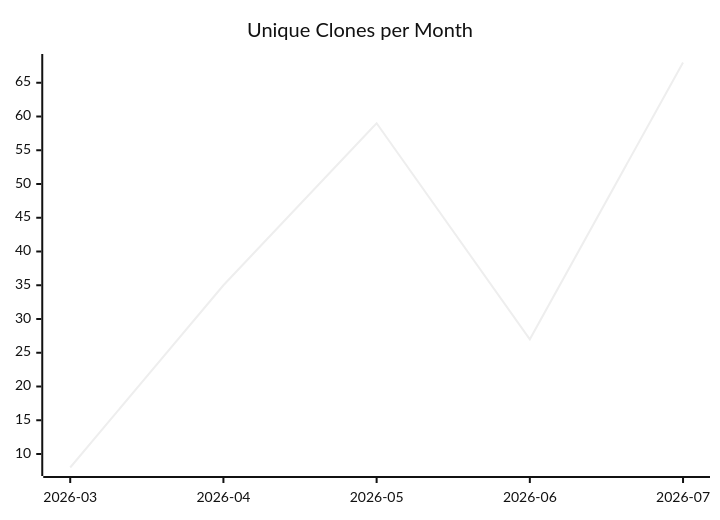
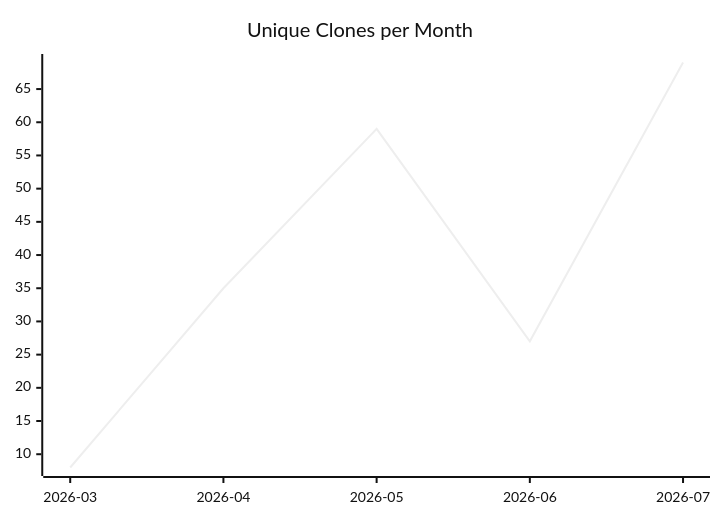
One commit to justdavis-family/github-analytics-data changed the third of 3 diagrams in karlmdavis/fhir-benchmarks/README.md. Above: the diagram before and after it, drawn with Mermaid (neutral theme). The commit also changed other lines of this file and 182 other files, not shown here.

````diff
--- a/karlmdavis/fhir-benchmarks/README.md
+++ b/karlmdavis/fhir-benchmarks/README.md
@@ -19,6 +19,6 @@
 ```mermaid
 xychart-beta
   title "Unique Clones per Month"
   x-axis ["2026-03", "2026-04", "2026-05", "2026-06", "2026-07"]
-  line [8, 35, 59, 27, 68]
+  line [8, 35, 59, 27, 69]
 ```
````
